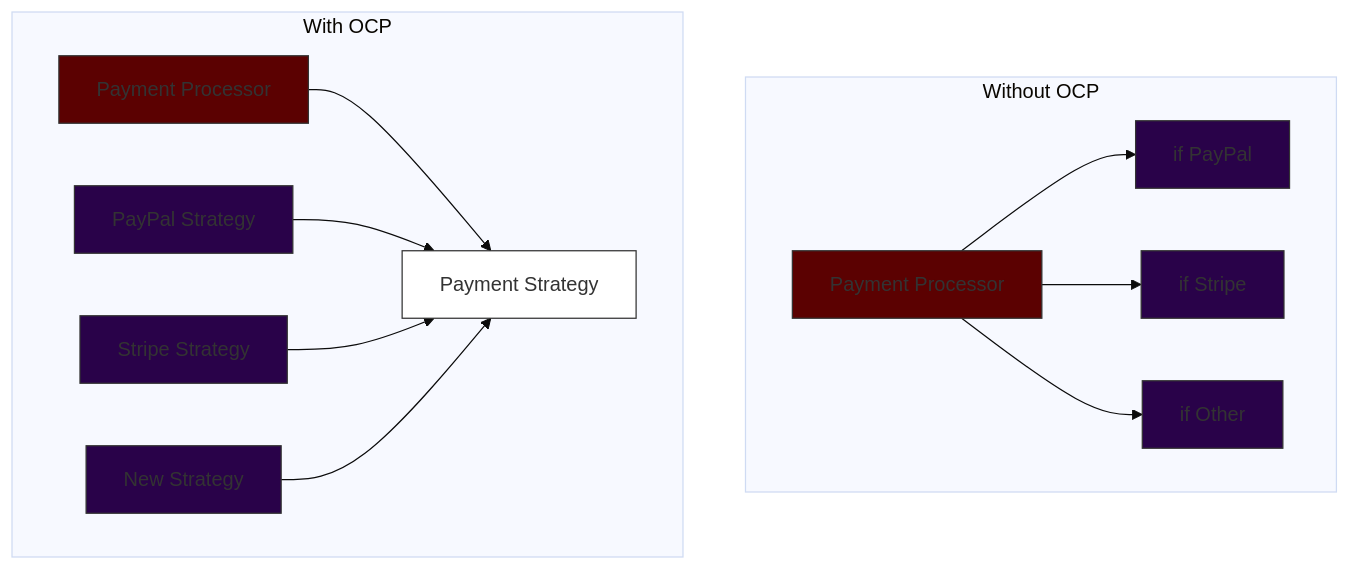
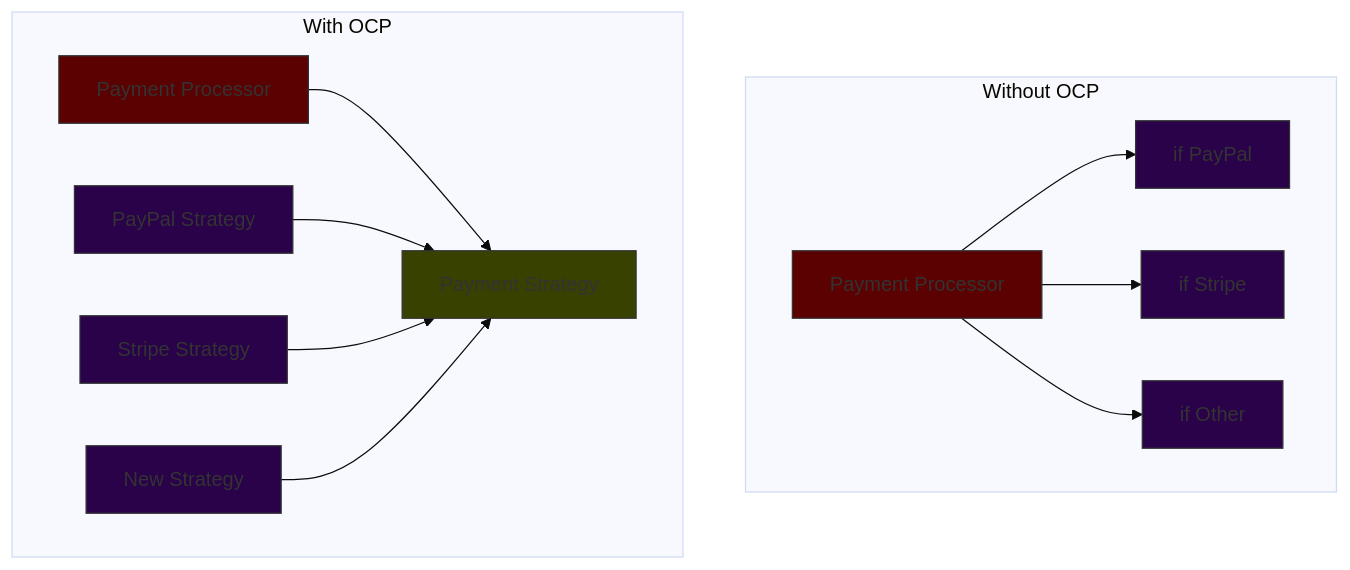
The first of 3 diagrams in OCP/README.md (hezronkimutai/solid_principles), drawn with Mermaid (base theme) before and after one commit. The commit also changed other lines of this file and 3 other files, not shown here.

````diff
--- a/OCP/README.md
+++ b/OCP/README.md
@@ -11,24 +11,24 @@
 ```mermaid
 graph TD
     subgraph "Without OCP"
     A[Payment Processor] --> B[if PayPal]
     A --> C[if Stripe]
     A --> D[if Other]
     style A fill:#5b0101,stroke:#333
     style B fill:#290249,stroke:#333
     style C fill:#290249,stroke:#333
     style D fill:#290249,stroke:#333
     end
 
     subgraph "With OCP"
     E[Payment Processor] --> F[Payment Strategy]
     G[PayPal Strategy] --> F
     H[Stripe Strategy] --> F
     I[New Strategy] --> F
     style E fill:#5b0101,stroke:#333
-    style F fill:#fff,stroke:#333
+    style F fill:#394101,stroke:#333
     style G fill:#290249,stroke:#333
     style H fill:#290249,stroke:#333
     style I fill:#290249,stroke:#333
     end
 ```
````
